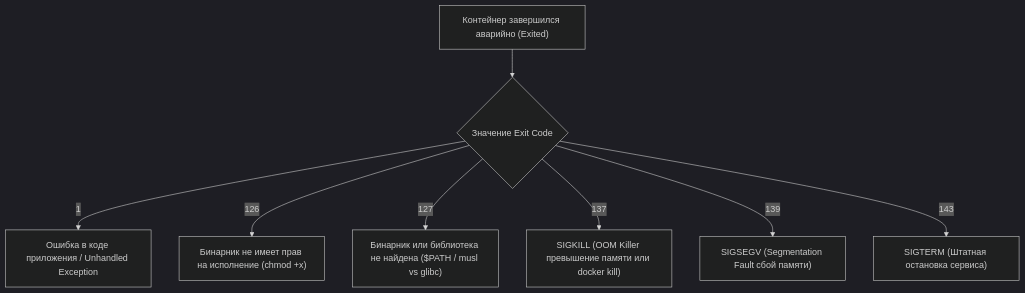
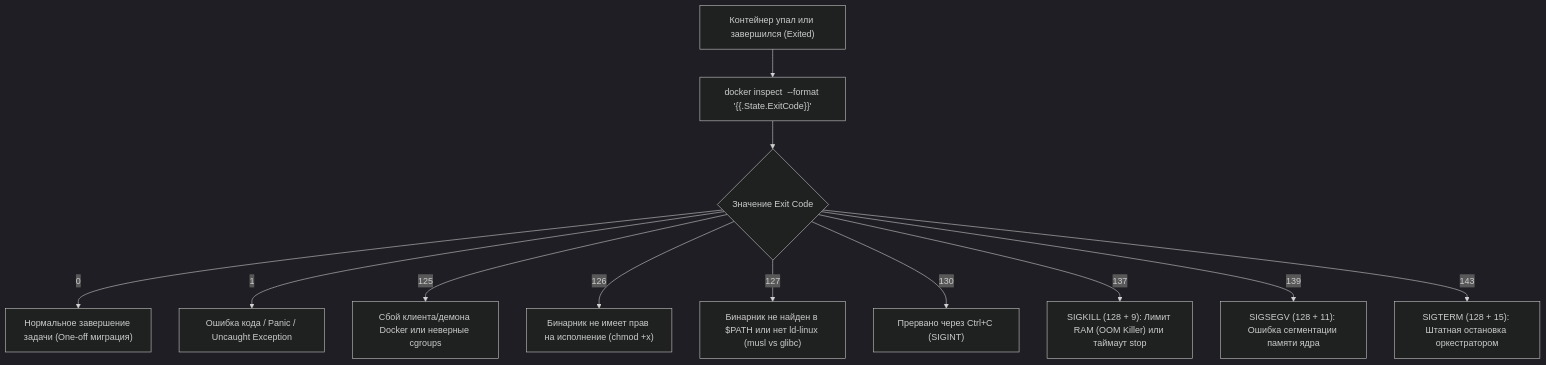
One commit to AndreyJVM/portfolio-service changed the first of 2 diagrams in content/courses/docker-production/02-troubleshooting-and-exit-codes.md. Above: the diagram before and after it, drawn with Mermaid (dark theme). The commit also changed other lines of this file and 3 other files, not shown here.

````diff
--- a/content/courses/docker-production/02-troubleshooting-and-exit-codes.md
+++ b/content/courses/docker-production/02-troubleshooting-and-exit-codes.md
@@ -15,10 +15,15 @@
 ```mermaid
 flowchart TD
-    Crash["Контейнер завершился аварийно (Exited)"] --> CodeCheck{"Значение Exit Code"}
-    CodeCheck -- "1" --> AppError["Ошибка в коде приложения / Unhandled Exception"]
+    Crash["Контейнер упал или завершился (Exited)"] --> InspectCmd["docker inspect <id> --format '{{.State.ExitCode}}'"]
+    InspectCmd --> CodeCheck{"Значение Exit Code"}
+
+    CodeCheck -- "0" --> Success["Нормальное завершение задачи (One-off миграция)"]
+    CodeCheck -- "1" --> AppError["Ошибка кода / Panic / Uncaught Exception"]
+    CodeCheck -- "125" --> DockerError["Сбой клиента/демона Docker или неверные cgroups"]
     CodeCheck -- "126" --> PermError["Бинарник не имеет прав на исполнение (chmod +x)"]
-    CodeCheck -- "127" --> NotFound["Бинарник или библиотека не найдена ($PATH / musl vs glibc)"]
-    CodeCheck -- "137" --> OOM_or_Kill["SIGKILL (OOM Killer превышение памяти или docker kill)"]
-    CodeCheck -- "139" --> SegFault["SIGSEGV (Segmentation Fault сбой памяти)"]
-    CodeCheck -- "143" --> SigTerm["SIGTERM (Штатная остановка сервиса)"]
+    CodeCheck -- "127" --> NotFound["Бинарник не найден в $PATH или нет ld-linux (musl vs glibc)"]
+    CodeCheck -- "130" --> SigInt["Прервано через Ctrl+C (SIGINT)"]
+    CodeCheck -- "137" --> OOM_or_Kill["SIGKILL (128 + 9): Лимит RAM (OOM Killer) или таймаут stop"]
+    CodeCheck -- "139" --> SegFault["SIGSEGV (128 + 11): Ошибка сегментации памяти ядра"]
+    CodeCheck -- "143" --> SigTerm["SIGTERM (128 + 15): Штатная остановка оркестратором"]
 ```
````
